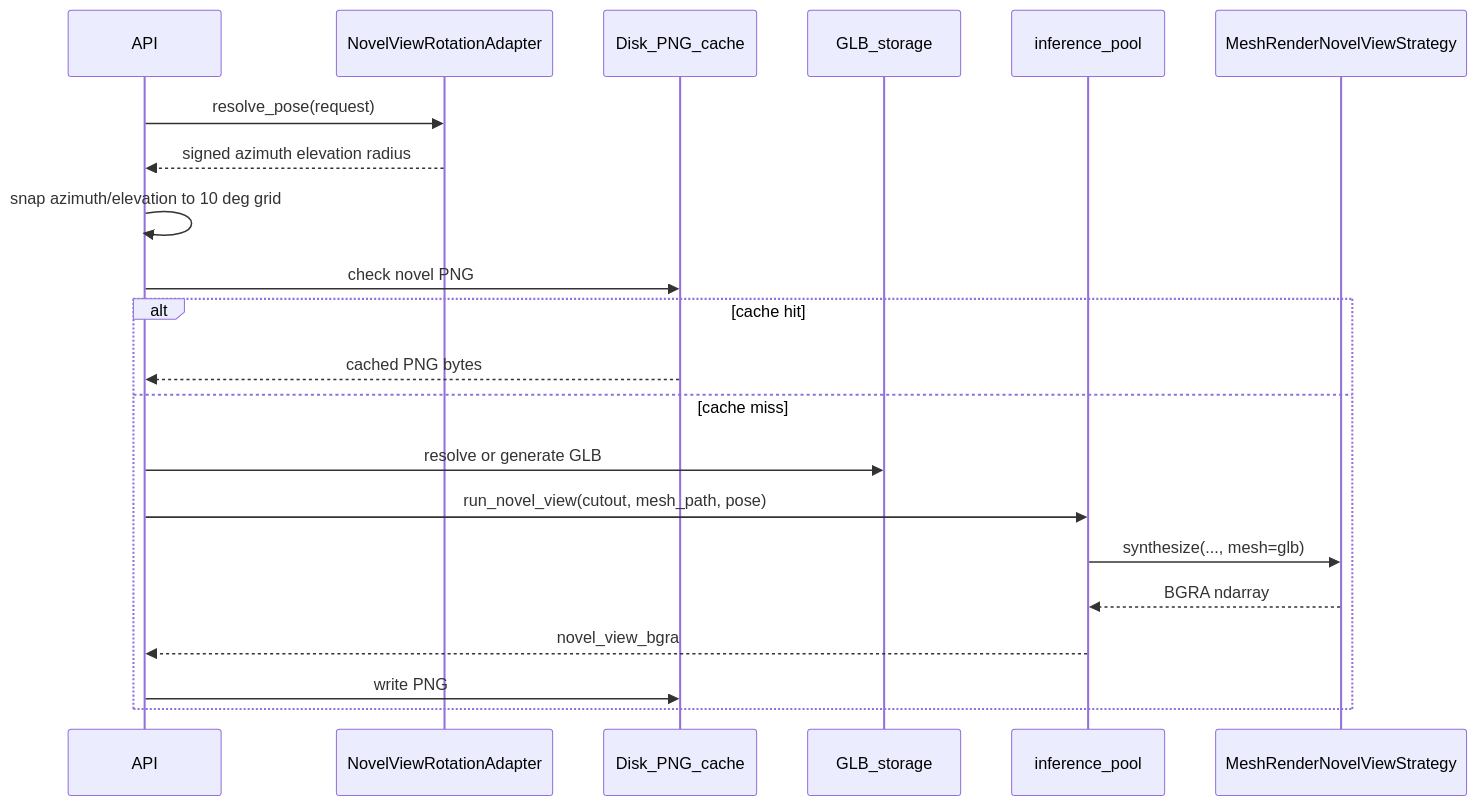
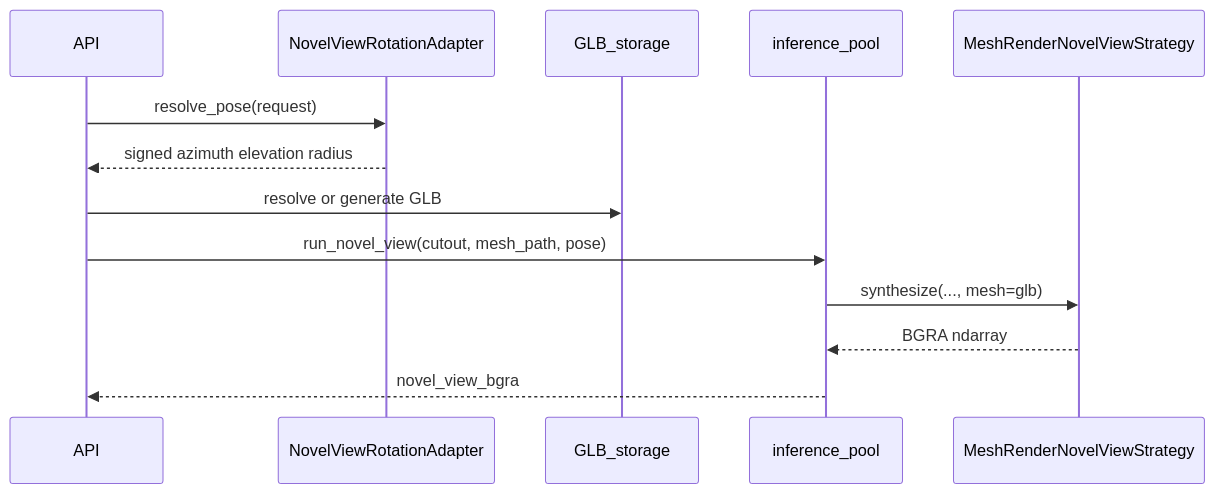
Before and after one commit to 1mache/avroom: the diagram in docs/ai-pipeline/ai-engines/novel-view/flow.md, drawn with Mermaid. The commit also changed other lines of this file and 19 other files, not shown here.

````diff
--- a/docs/ai-pipeline/ai-engines/novel-view/flow.md
+++ b/docs/ai-pipeline/ai-engines/novel-view/flow.md
@@ -16,24 +14,16 @@
 ```mermaid
 sequenceDiagram
   participant API
   participant Adapter as NovelViewRotationAdapter
-  participant Cache as Disk_PNG_cache
   participant Glb as GLB_storage
   participant Pool as inference_pool
   participant Strat as MeshRenderNovelViewStrategy
 
   API->>Adapter: resolve_pose(request)
   Adapter-->>API: signed azimuth elevation radius
-  API->>API: snap azimuth/elevation to 10 deg grid
-  API->>Cache: check novel PNG
-  alt cache hit
-    Cache-->>API: cached PNG bytes
-  else cache miss
-    API->>Glb: resolve or generate GLB
-    API->>Pool: run_novel_view(cutout, mesh_path, pose)
-    Pool->>Strat: synthesize(..., mesh=glb)
-    Strat-->>Pool: BGRA ndarray
-    Pool-->>API: novel_view_bgra
-    API->>Cache: write PNG
-  end
+  API->>Glb: resolve or generate GLB
+  API->>Pool: run_novel_view(cutout, mesh_path, pose)
+  Pool->>Strat: synthesize(..., mesh=glb)
+  Strat-->>Pool: BGRA ndarray
+  Pool-->>API: novel_view_bgra
 ```
````
